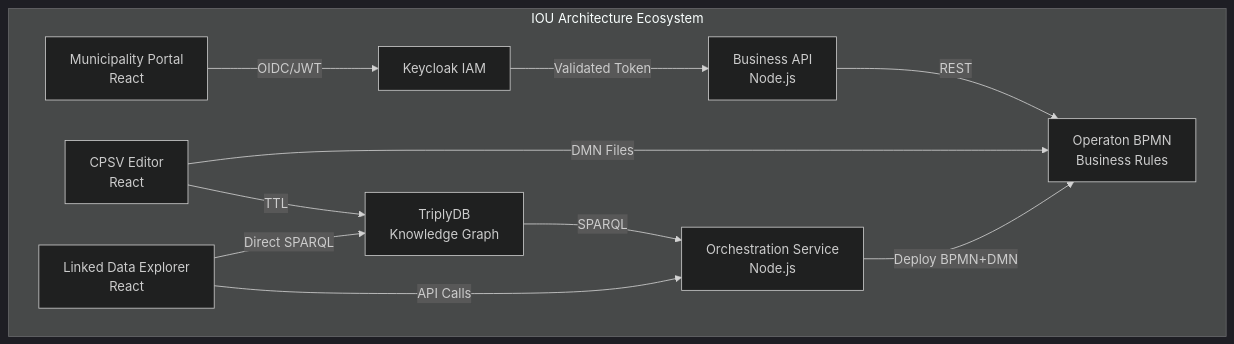
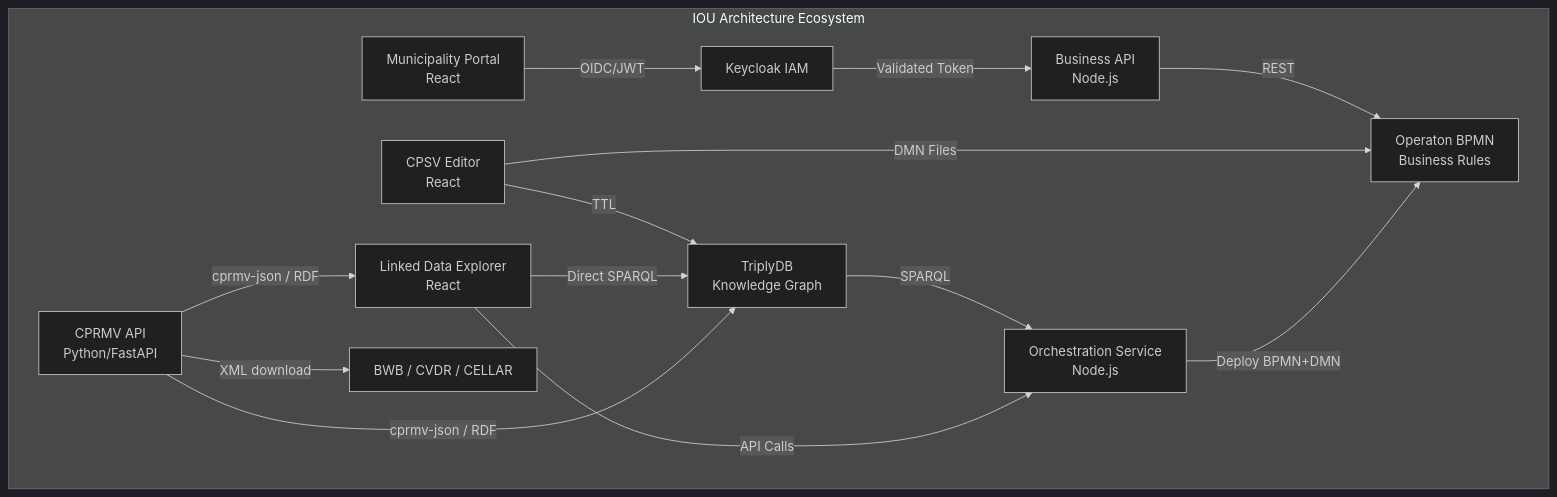
One commit to sgort/iou-architectuur changed the diagram in docs/en/index.md. Above: the diagram before and after it, drawn with Mermaid (dark theme). The commit also changed other lines of this file and 37 other files, not shown here.

````diff
--- a/docs/en/index.md
+++ b/docs/en/index.md
@@ -61,17 +71,21 @@
 ```mermaid
 graph TB
     subgraph "IOU Architecture Ecosystem"
         A[Municipality Portal<br/>React] -->|OIDC/JWT| B[Keycloak IAM]
         B -->|Validated Token| C[Business API<br/>Node.js]
         C -->|REST| D[Operaton BPMN<br/>Business Rules]
 
         E[CPSV Editor<br/>React] -->|TTL| F[TriplyDB<br/>Knowledge Graph]
         E -->|DMN Files| D
 
         F -->|SPARQL| G[Orchestration Service<br/>Node.js]
         G -->|Deploy BPMN+DMN| D
 
         H[Linked Data Explorer<br/>React] -->|API Calls| G
         H -->|Direct SPARQL| F
+
+        I[CPRMV API<br/>Python/FastAPI] -->|XML download| J[BWB / CVDR / CELLAR]
+        I -->|cprmv-json / RDF| F
+        I -->|cprmv-json / RDF| H
     end
 ```
````
